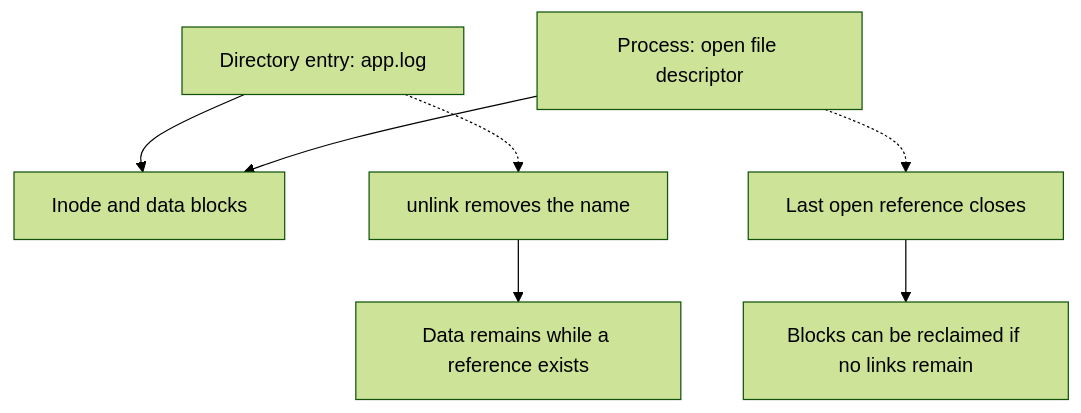
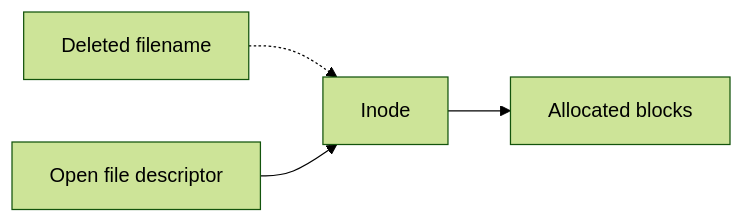
Before and after one commit to tiendu/tiendu.github.io: the second of 2 diagrams in src/content/blog/2026-09-04-systems-troubleshooting-useful-stuff.md, drawn with Mermaid (forest theme). The commit also changed other lines of this file, not shown here.

````diff
--- a/src/content/blog/2026-09-04-systems-troubleshooting-useful-stuff.md
+++ b/src/content/blog/2026-09-04-systems-troubleshooting-useful-stuff.md
@@ -426,11 +238,8 @@
 ```mermaid
-flowchart TD
-    accTitle: A deleted file can still occupy disk space
-    accDescr: Removing a directory entry does not release the data while a process holds an open reference.
-    A["Directory entry: app.log"] --> B["Inode and data blocks"]
-    C["Process: open file descriptor"] --> B
-    A -.-> D["unlink removes the name"]
-    D --> E["Data remains while a reference exists"]
-    C -.-> F["Last open reference closes"]
-    F --> G["Blocks can be reclaimed if no links remain"]
+flowchart LR
+    accTitle: A deleted file can still use disk space
+    accDescr: After unlinking its name, an open descriptor still references the inode and its data until the last reference is released.
+    A["Deleted filename"] -.-> B["Inode"]
+    C["Open file descriptor"] --> B
+    B --> D["Allocated blocks"]
 ```
````
